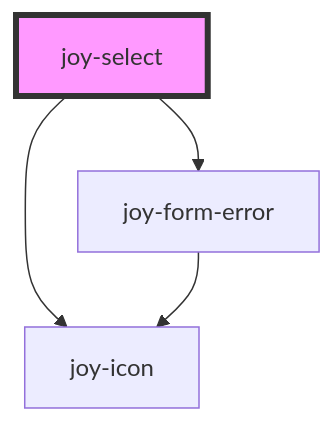
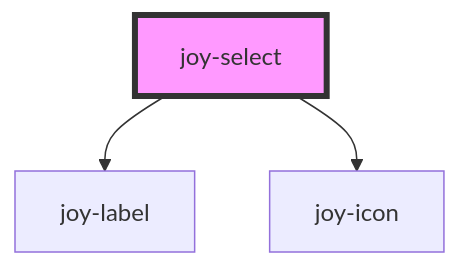
Before and after one commit to Maltcommunity/joy: the diagram in core/src/components/select/readme.md, drawn with Mermaid. The commit also changed other lines of this file and 135 other files, not shown here.

````diff
--- a/core/src/components/select/readme.md
+++ b/core/src/components/select/readme.md
@@ -73,7 +89,6 @@
 ```mermaid
 graph TD;
+  joy-select --> joy-label
   joy-select --> joy-icon
-  joy-select --> joy-form-error
-  joy-form-error --> joy-icon
   style joy-select fill:#f9f,stroke:#333,stroke-width:4px
 ```
````
